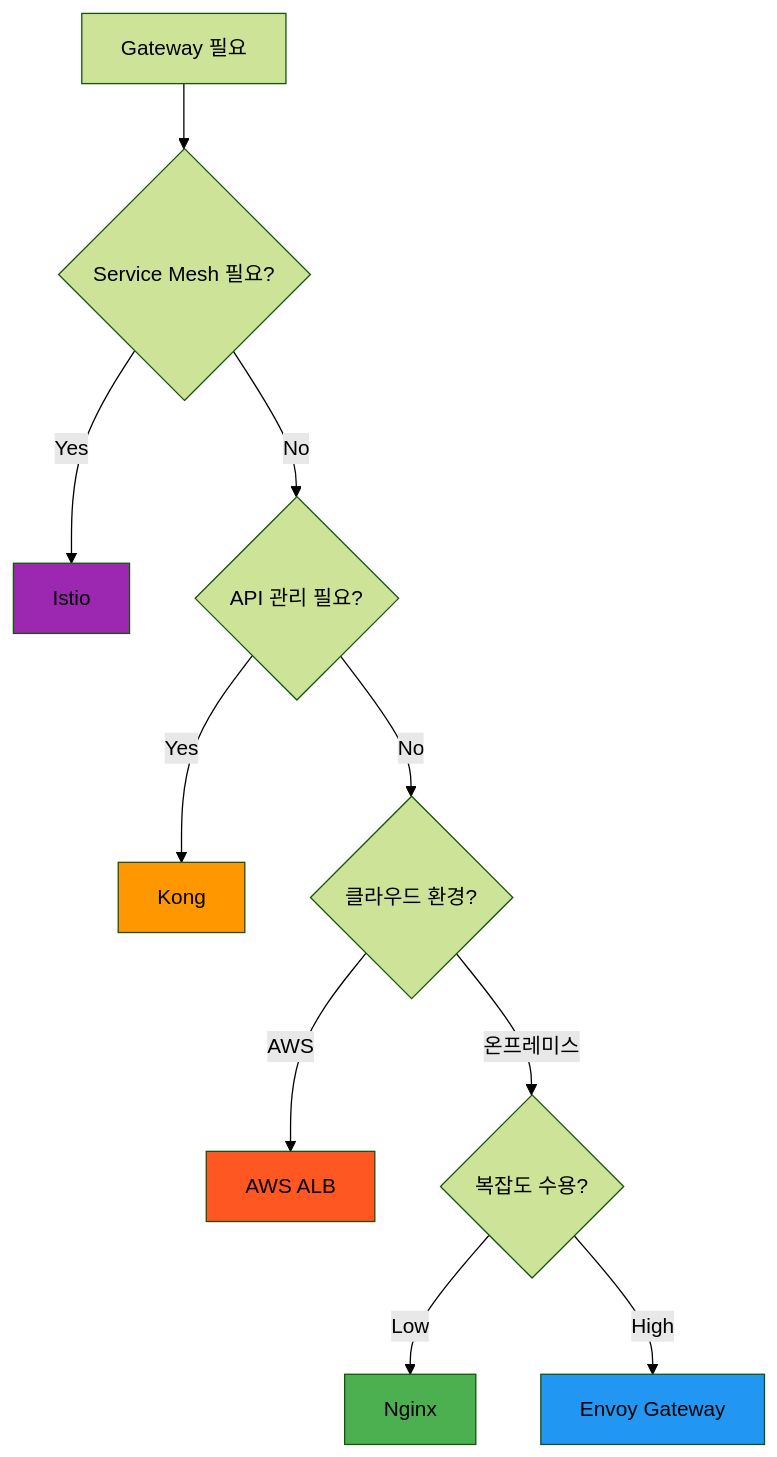
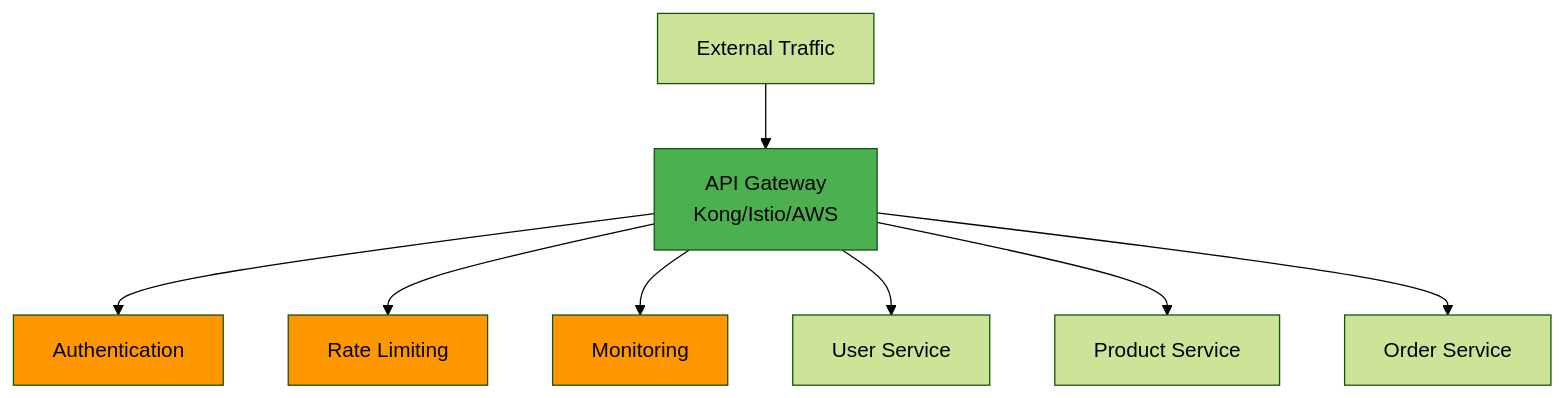
The sixth of 6 diagrams in theory/week_04/day2/session_1.md (niceguy61/kdt_devops_lecture_2025), drawn with Mermaid (forest theme) before and after one commit. The commit also changed other lines of this file and 2 other files, not shown here.

````diff
--- a/theory/week_04/day2/session_1.md
+++ b/theory/week_04/day2/session_1.md
@@ -363,18 +232,17 @@
 ```mermaid
-graph TD
-    A[Gateway 필요] --> B{Service Mesh 필요?}
-    B -->|Yes| C[Istio]
-    B -->|No| D{API 관리 필요?}
-    D -->|Yes| E[Kong]
-    D -->|No| F{클라우드 환경?}
-    F -->|AWS| G[AWS ALB]
-    F -->|온프레미스| H{복잡도 수용?}
-    H -->|Low| I[Nginx]
-    H -->|High| J[Envoy Gateway]
+graph TB
+    A[External Traffic] --> B[API Gateway<br/>Kong/Istio/AWS]
     
-    style C fill:#9c27b0
+    B --> C[Authentication]
+    B --> D[Rate Limiting]
+    B --> E[Monitoring]
+    
+    B --> F[User Service]
+    B --> G[Product Service]
+    B --> H[Order Service]
+    
+    style B fill:#4caf50
+    style C fill:#ff9800
+    style D fill:#ff9800
     style E fill:#ff9800
-    style G fill:#ff5722
-    style I fill:#4caf50
-    style J fill:#2196f3
 ```
````
